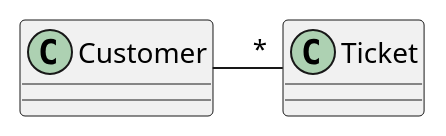
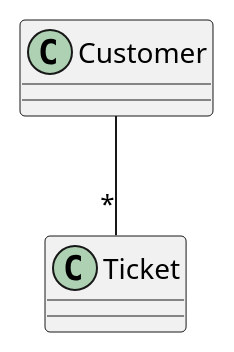
The third of 5 diagrams in Lectures/09-Intro-Java/AA-Introduction-to-Java.org (bth-dipt-teaching/PA1489-Basic-SE), drawn with PlantUML before and after one commit. The commit also changed other lines of this file and 30 other files, not shown here.

```diff
--- a/Lectures/09-Intro-Java/AA-Introduction-to-Java.org
+++ b/Lectures/09-Intro-Java/AA-Introduction-to-Java.org
@@ -529,3 +532,3 @@
 #+begin_src plantuml :file CD-Collection.png
-Customer - "*" Ticket
+Customer -- "*" Ticket
 #+end_src
```
